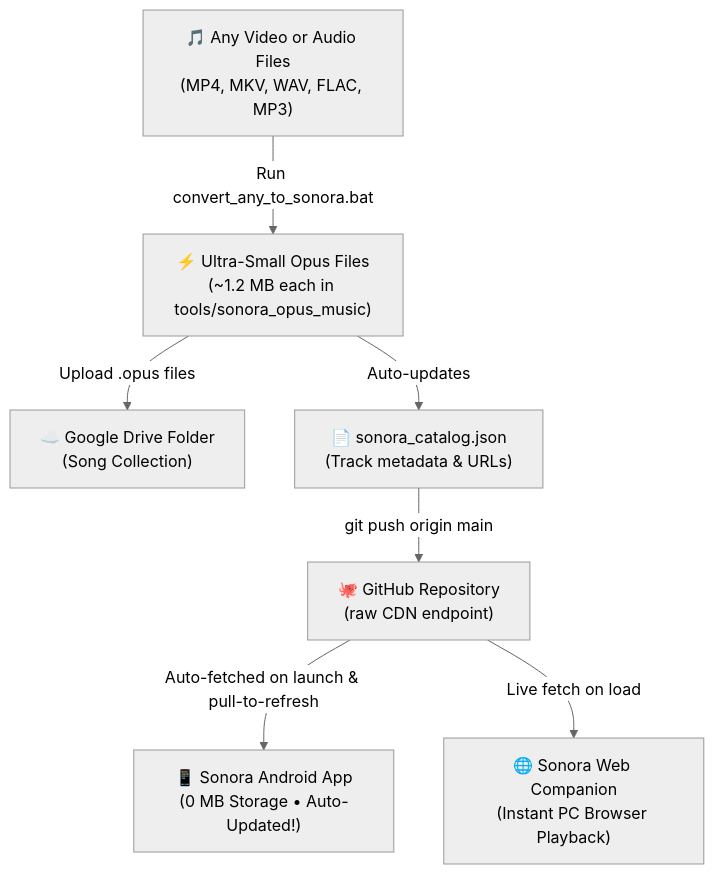
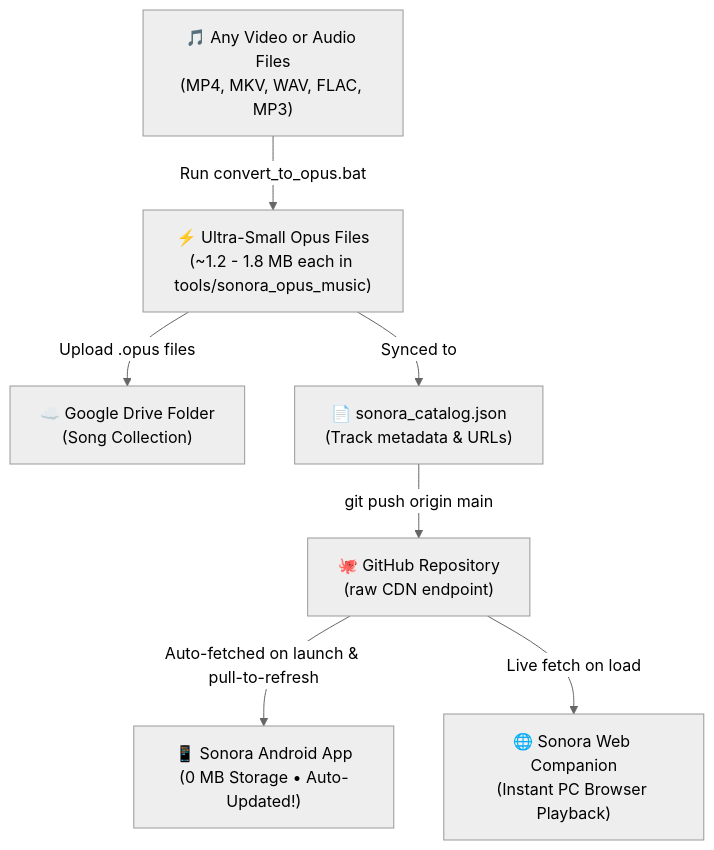
Before and after one commit to DiptarkaSamanta/SONORA: the diagram in README.md, drawn with Mermaid (neutral theme). The commit also changed other lines of this file and 7 other files, not shown here.

````diff
--- a/README.md
+++ b/README.md
@@ -40,9 +40,9 @@
 ```mermaid
 flowchart TD
-    A["🎵 Any Video or Audio Files\n(MP4, MKV, WAV, FLAC, MP3)"] -->|Run convert_any_to_sonora.bat| B["⚡ Ultra-Small Opus Files\n(~1.2 MB each in tools/sonora_opus_music)"]
+    A["🎵 Any Video or Audio Files\n(MP4, MKV, WAV, FLAC, MP3)"] -->|Run convert_to_opus.bat| B["⚡ Ultra-Small Opus Files\n(~1.2 - 1.8 MB each in tools/sonora_opus_music)"]
     B -->|Upload .opus files| C["☁️ Google Drive Folder\n(Song Collection)"]
-    B -->|Auto-updates| D["📄 sonora_catalog.json\n(Track metadata & URLs)"]
+    B -->|Synced to| D["📄 sonora_catalog.json\n(Track metadata & URLs)"]
     D -->|git push origin main| E["🐙 GitHub Repository\n(raw CDN endpoint)"]
     E -->|Auto-fetched on launch & pull-to-refresh| F["📱 Sonora Android App\n(0 MB Storage • Auto-Updated!)"]
     E -->|Live fetch on load| G["🌐 Sonora Web Companion\n(Instant PC Browser Playback)"]
 ```
````
